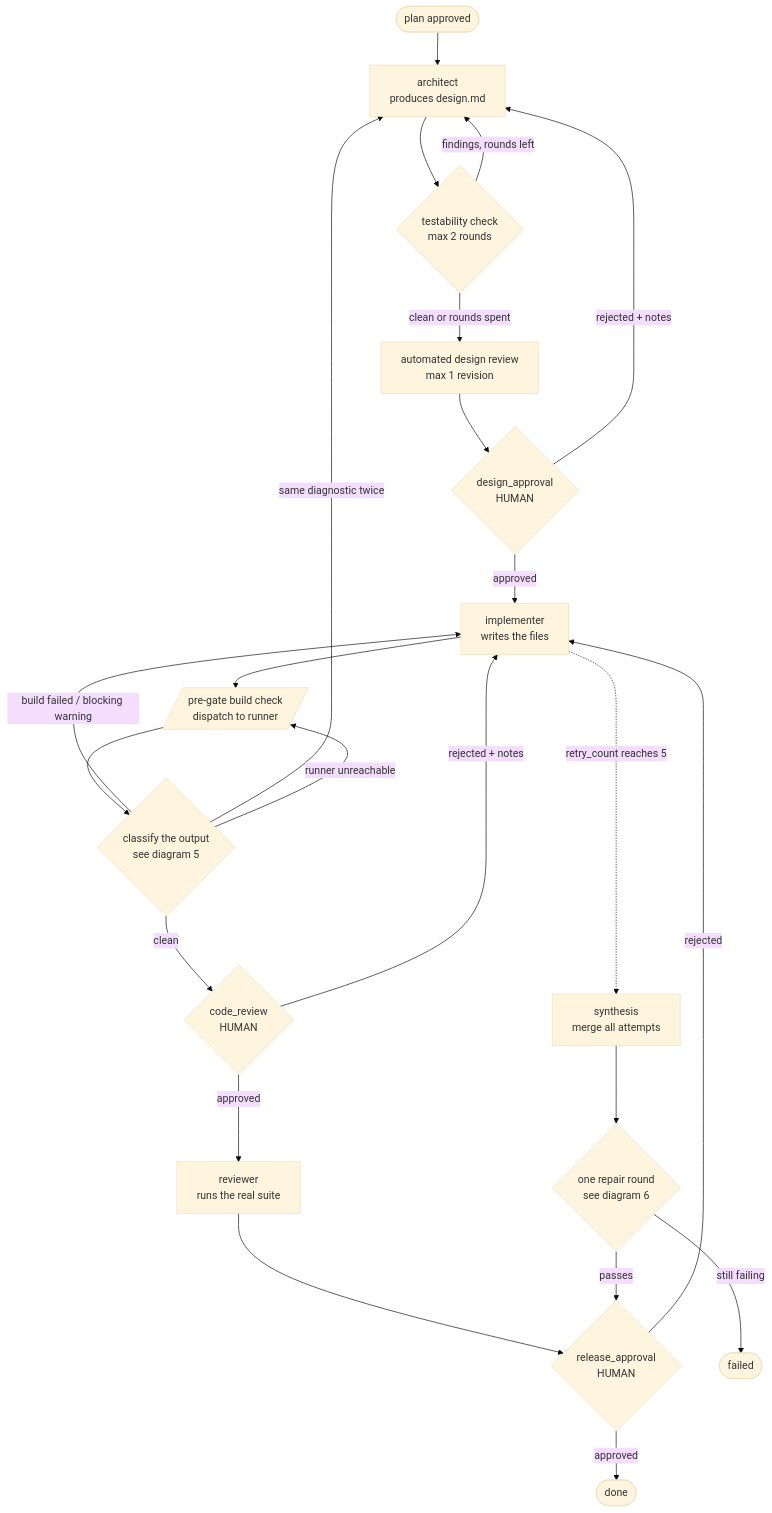
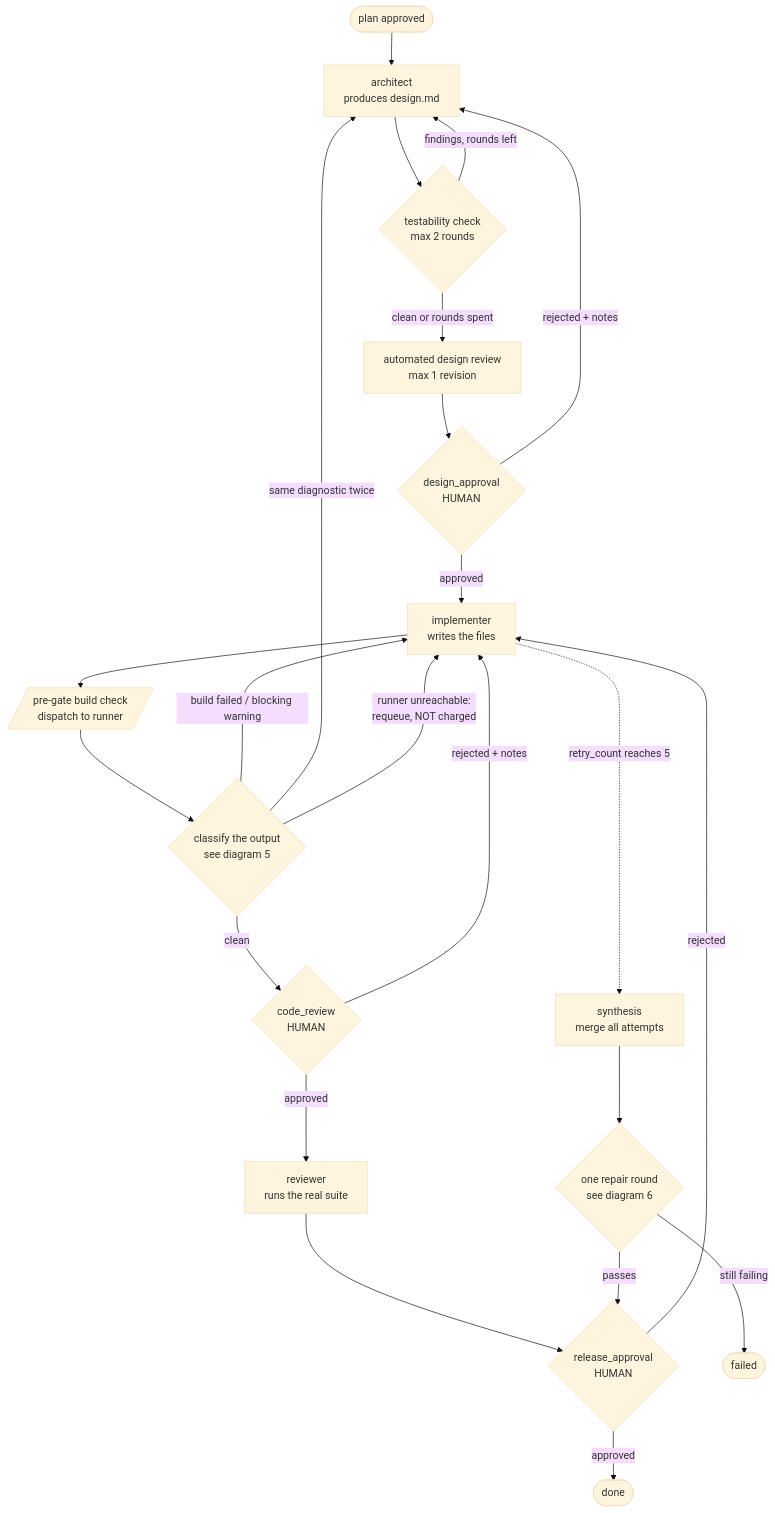
The third of 6 diagrams in docs/PIPELINE.md (keithmerrilliv/coding-model-server), drawn with Mermaid (base theme) before and after one commit. The commit also changed other lines of this file, not shown here.

````diff
--- a/docs/PIPELINE.md
+++ b/docs/PIPELINE.md
@@ -106,28 +121,28 @@
 ```mermaid
 flowchart TD
     START([plan approved]) --> ARCH[architect<br/>produces design.md]
     ARCH --> TEST{testability check<br/>max 2 rounds}
     TEST -->|findings, rounds left| ARCH
     TEST -->|clean or rounds spent| DREV[automated design review<br/>max 1 revision]
     DREV --> DGATE{design_approval<br/>HUMAN}
     DGATE -->|rejected + notes| ARCH
     DGATE -->|approved| IMPL[implementer<br/>writes the files]
 
     IMPL --> BUILD[/pre-gate build check<br/>dispatch to runner/]
     BUILD --> CLASS{classify the output<br/>see diagram 5}
     CLASS -->|clean| CGATE{code_review<br/>HUMAN}
     CLASS -->|build failed / blocking warning| IMPL
     CLASS -->|same diagnostic twice| ARCH
-    CLASS -->|runner unreachable| BUILD
+    CLASS -->|"runner unreachable:<br/>requeue, NOT charged"| IMPL
 
     CGATE -->|rejected + notes| IMPL
     CGATE -->|approved| REV[reviewer<br/>runs the real suite]
     REV --> RGATE{release_approval<br/>HUMAN}
     RGATE -->|approved| DONE([done])
     RGATE -->|rejected| IMPL
 
     IMPL -.->|retry_count reaches 5| SYNTH[synthesis<br/>merge all attempts]
     SYNTH --> REPAIR{one repair round<br/>see diagram 6}
     REPAIR -->|passes| RGATE
     REPAIR -->|still failing| FAIL([failed])
 ```
````
